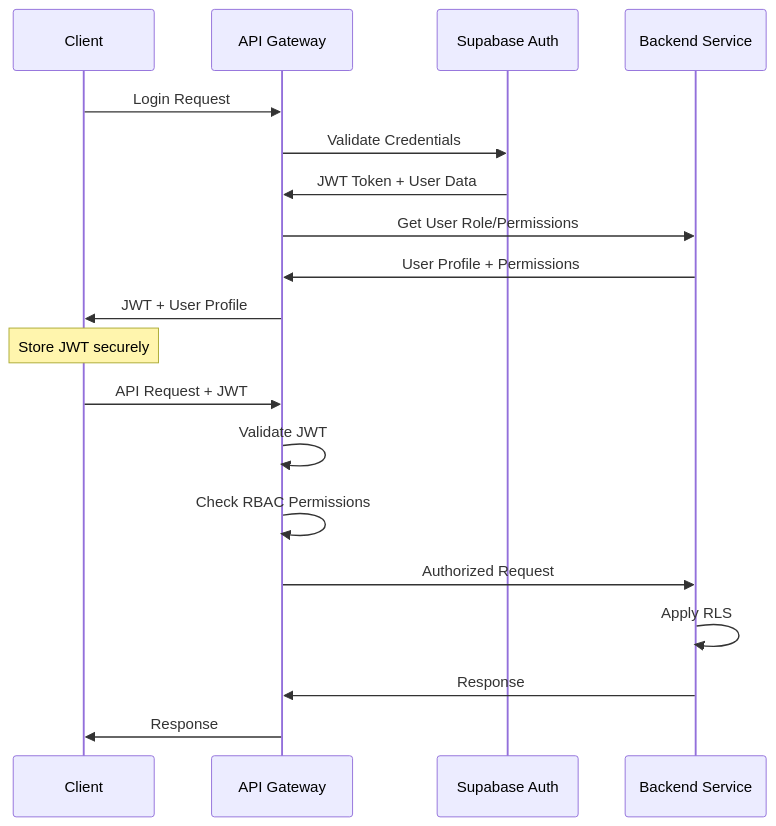
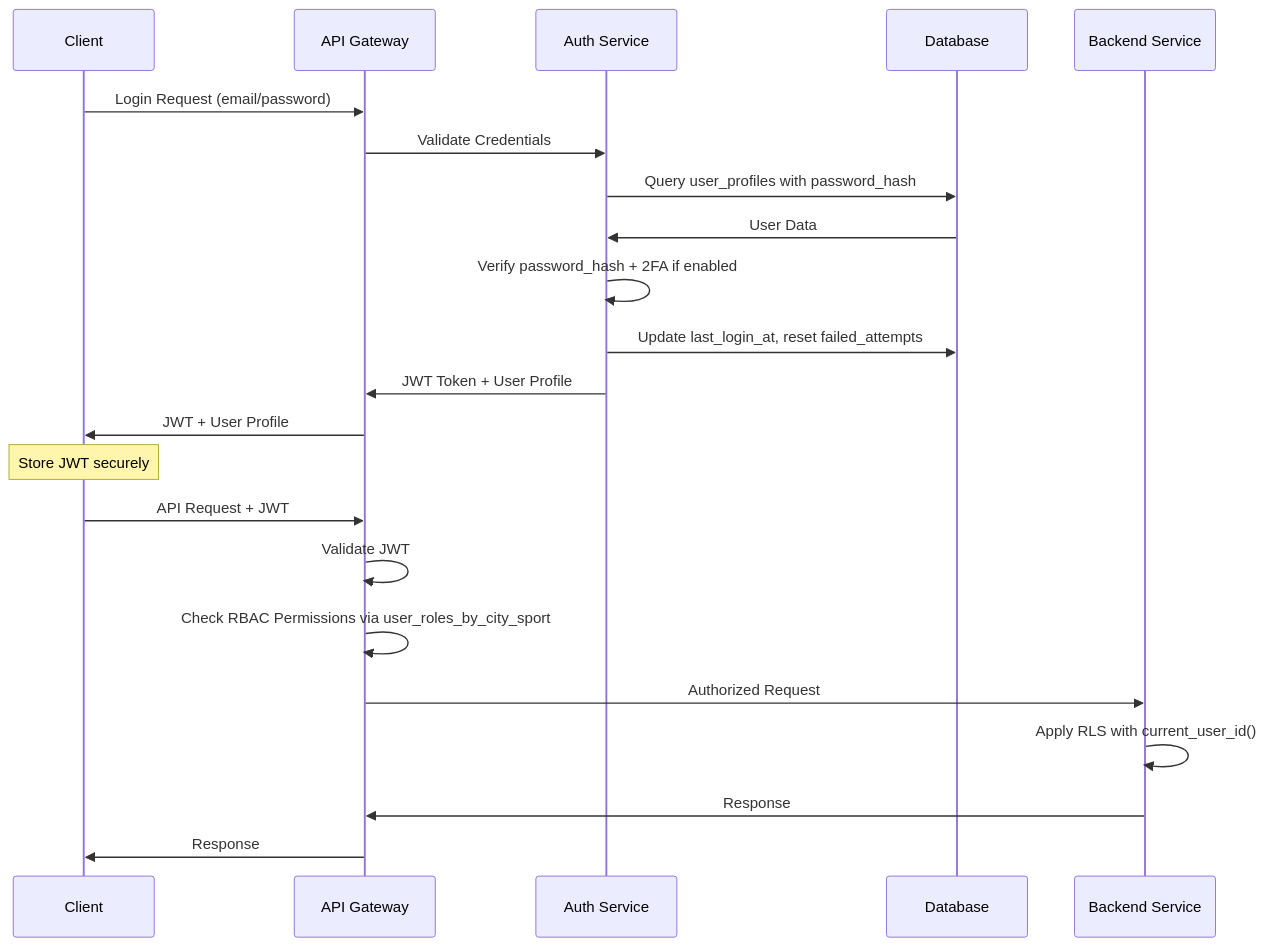
The second of 2 diagrams in .task_mowe/specs/mowe-sport-platform/design.md (mowecompany/mowe-sport), drawn with Mermaid before and after one commit. The commit also changed other lines of this file and 51 other files, not shown here.

Commit message:
Implement comprehensive Row Level Security (RLS) policies for multi-tenant security, including user role checks, access controls, and validation scripts. Remove Windows migration script and add SQL scripts for super admin login tests and initial data validation.

````diff
--- a/.task_mowe/specs/mowe-sport-platform/design.md
+++ b/.task_mowe/specs/mowe-sport-platform/design.md
@@ -763,24 +777,26 @@
 ```mermaid
 sequenceDiagram
     participant Client
     participant API Gateway
-    participant Supabase Auth
-    participant Backend Service
+    participant Auth Service
+    participant Database
     
-    Client->>API Gateway: Login Request
-    API Gateway->>Supabase Auth: Validate Credentials
-    Supabase Auth->>API Gateway: JWT Token + User Data
-    API Gateway->>Backend Service: Get User Role/Permissions
-    Backend Service->>API Gateway: User Profile + Permissions
+    Client->>API Gateway: Login Request (email/password)
+    API Gateway->>Auth Service: Validate Credentials
+    Auth Service->>Database: Query user_profiles with password_hash
+    Database->>Auth Service: User Data
+    Auth Service->>Auth Service: Verify password_hash + 2FA if enabled
+    Auth Service->>Database: Update last_login_at, reset failed_attempts
+    Auth Service->>API Gateway: JWT Token + User Profile
     API Gateway->>Client: JWT + User Profile
     
     Note over Client: Store JWT securely
     
     Client->>API Gateway: API Request + JWT
     API Gateway->>API Gateway: Validate JWT
-    API Gateway->>API Gateway: Check RBAC Permissions
+    API Gateway->>API Gateway: Check RBAC Permissions via user_roles_by_city_sport
     API Gateway->>Backend Service: Authorized Request
-    Backend Service->>Backend Service: Apply RLS
+    Backend Service->>Backend Service: Apply RLS with current_user_id()
     Backend Service->>API Gateway: Response
     API Gateway->>Client: Response
 ```
````
